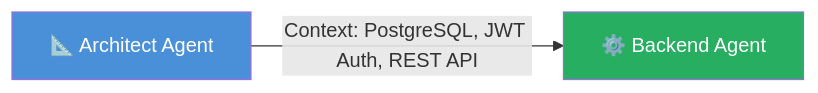
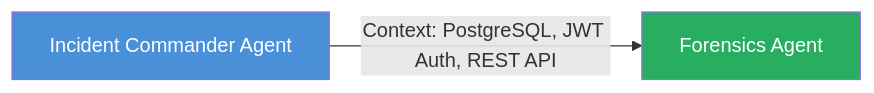
The ninth of 53 diagrams in AI Agent Communication.md (Sujalkathait/-AI-Agent-Security-Playbook.), drawn with Mermaid before and after one commit. The commit also changed other lines of this file and 2 other files, not shown here.

Commit message:
refactor: remove emojis and update scenarios to real-world cybersecurity context

````diff
--- a/AI Agent Communication.md
+++ b/AI Agent Communication.md
@@ -280,7 +280,7 @@
 ```mermaid
 graph LR
-    A["📐 Architect Agent"] -->|"Context: PostgreSQL, JWT Auth, REST API"| B["⚙️ Backend Agent"]
+  A[" Incident Commander Agent"] -->|"Context: PostgreSQL, JWT Auth, REST API"| B[" Forensics Agent"]
 
-    style A fill:#4a90d9,color:white
-    style B fill:#27ae60,color:white
+  style A fill:#4a90d9,color:white
+  style B fill:#27ae60,color:white
 ```
````
